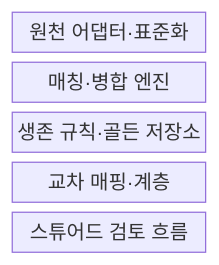
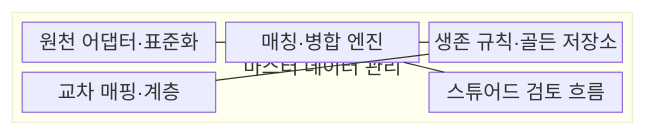
Before and after one commit to agnusdei1207/knowledge-base: the first of 2 diagrams in src/content/docs/notes/03-software/136_master_data_management.md, drawn with Mermaid. The commit also changed other lines of this file and 20 other files, not shown here.

````diff
--- a/src/content/docs/notes/03-software/136_master_data_management.md
+++ b/src/content/docs/notes/03-software/136_master_data_management.md
@@ -60,9 +62,17 @@
 ```mermaid
-block-beta
+block
     columns 1
-    A["원천 어댑터·표준화"]
-    B["매칭·병합 엔진"]
-    C["생존 규칙·골든 저장소"]
-    D["교차 매핑·계층"]
-    E["스튜어드 검토 흐름"]
+    block:MDM["마스터 데이터 관리"]
+        columns 3
+        A["원천 어댑터·표준화"]
+        B["매칭·병합 엔진"]
+        C["생존 규칙·골든 저장소"]
+        D["교차 매핑·계층"]
+        space
+        E["스튜어드 검토 흐름"]
+    end
+    A --- B
+    B --- C
+    C --- D
+    B --- E
 ```
````
